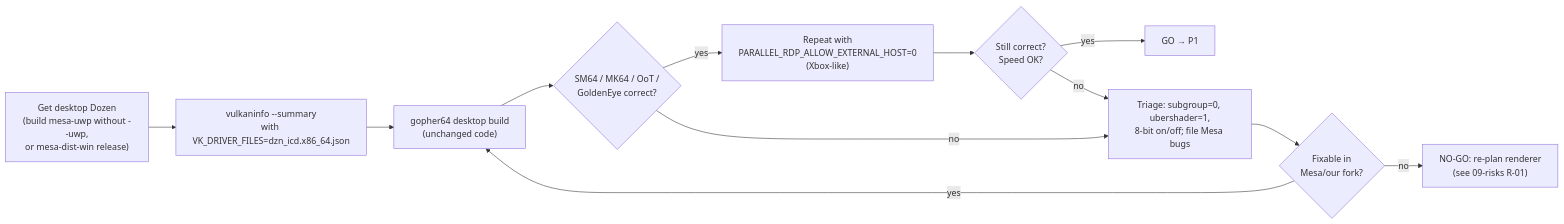
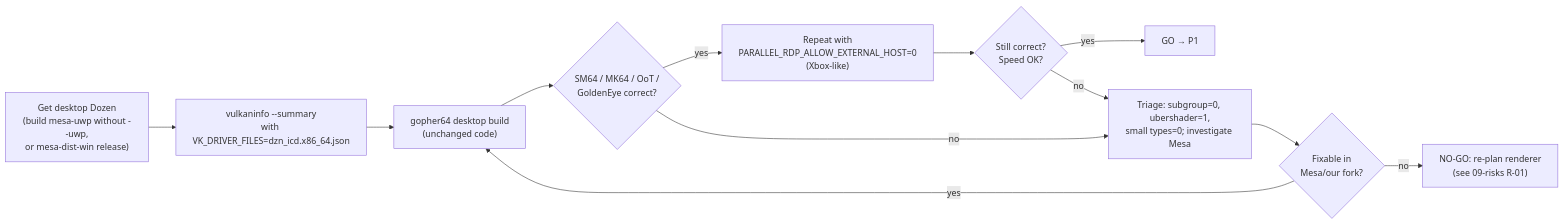
One commit to marcelofrau/gopher64 changed the third of 3 diagrams in docs/xbox-port/04-vulkan-dozen.md. Above: the diagram before and after it, drawn with Mermaid. The commit also changed other lines of this file and 6 other files, not shown here.

````diff
--- a/docs/xbox-port/04-vulkan-dozen.md
+++ b/docs/xbox-port/04-vulkan-dozen.md
@@ -265,14 +273,14 @@
 ```mermaid
 flowchart LR
     A["Get desktop Dozen<br/>(build mesa-uwp without --uwp,<br/>or mesa-dist-win release)"] --> B["vulkaninfo --summary<br/>with VK_DRIVER_FILES=dzn_icd.x86_64.json"]
     B --> C["gopher64 desktop build<br/>(unchanged code)"]
     C --> D{"SM64 / MK64 / OoT /<br/>GoldenEye correct?"}
     D -->|"yes"| E["Repeat with<br/>PARALLEL_RDP_ALLOW_EXTERNAL_HOST=0<br/>(Xbox-like)"]
     E --> F{"Still correct?<br/>Speed OK?"}
     F -->|"yes"| GO["GO → P1"]
-    D -->|"no"| T["Triage: subgroup=0, ubershader=1,<br/>8-bit on/off; file Mesa bugs"]
+    D -->|"no"| T["Triage: subgroup=0, ubershader=1,<br/>small types=0; investigate Mesa"]
     F -->|"no"| T
     T --> K{"Fixable in<br/>Mesa/our fork?"}
     K -->|"yes"| C
     K -->|"no"| STOP["NO-GO: re-plan renderer<br/>(see 09-risks R-01)"]
 ```
````
